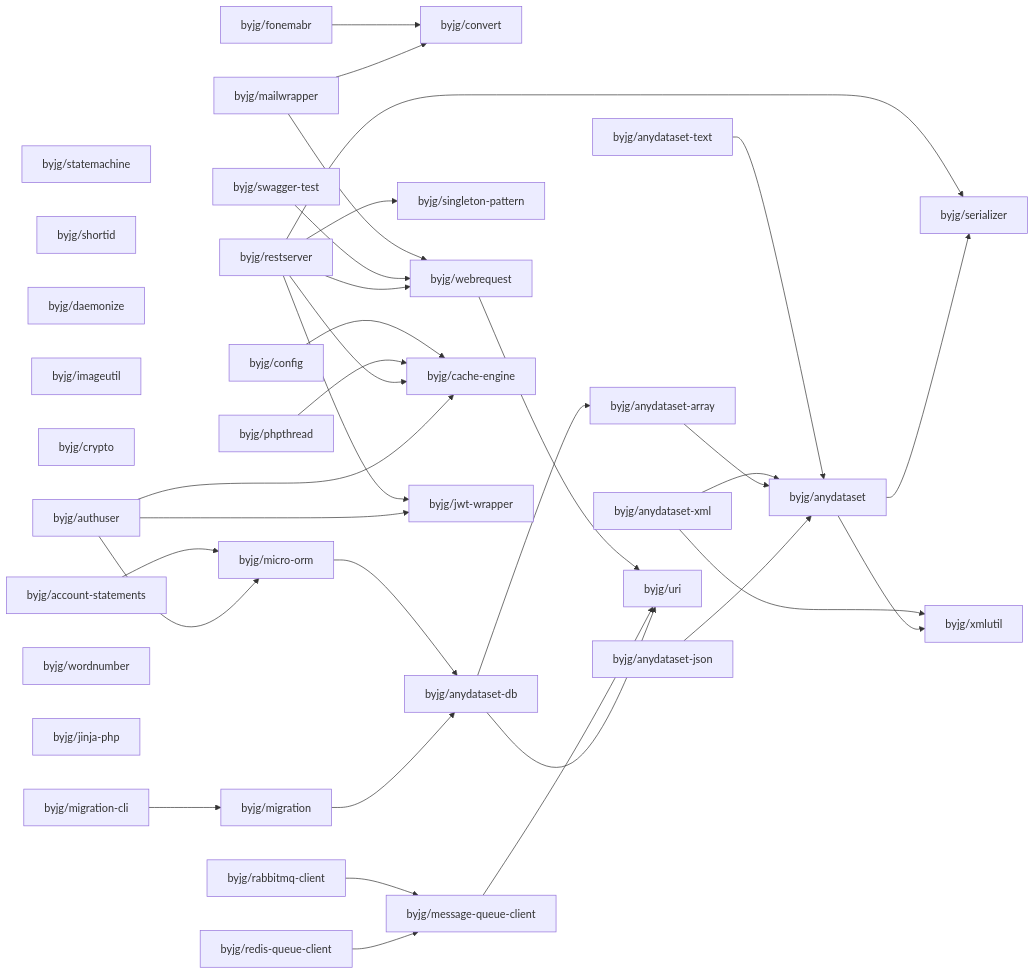
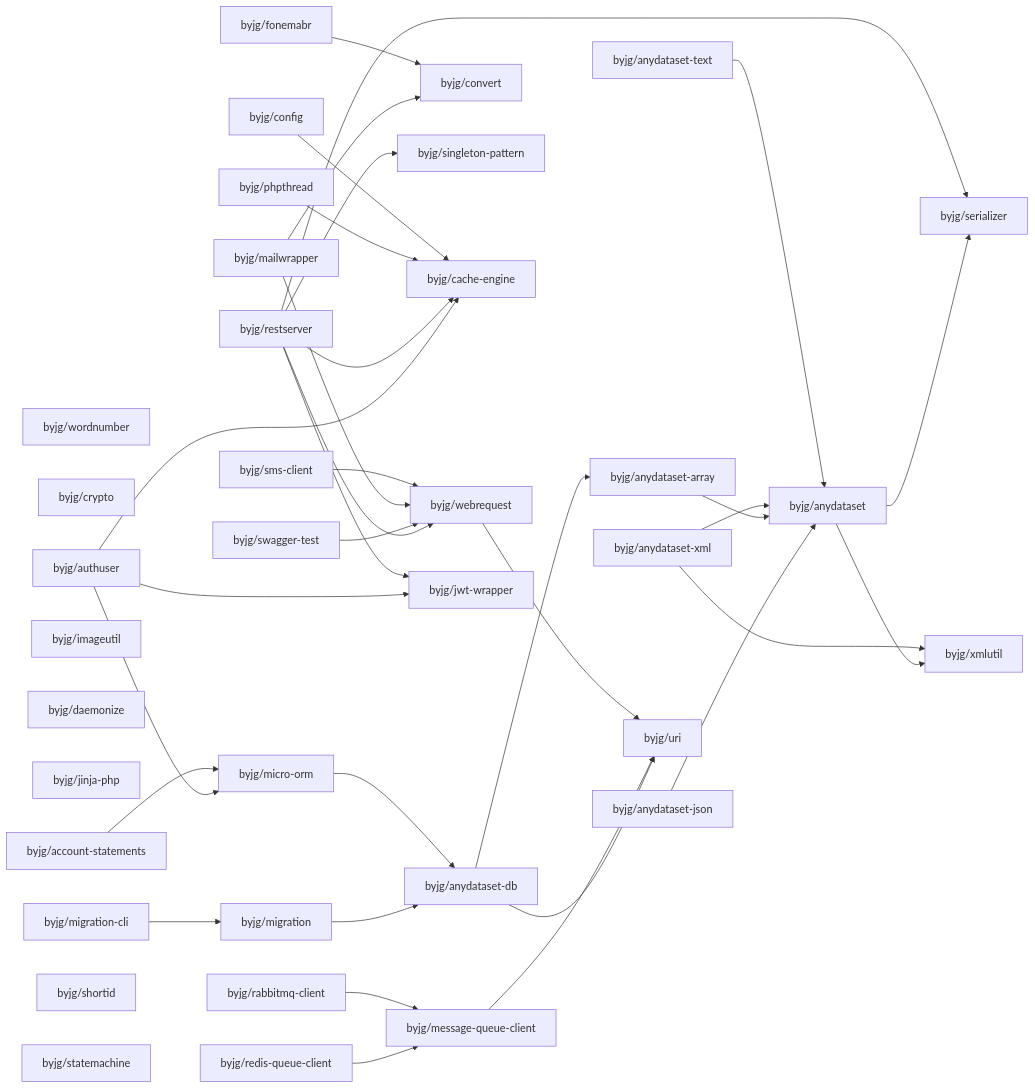
Before and after one commit to byjg/byjg.github.io: the diagram in php/README.md, drawn with Mermaid. The commit also changed 2 other files, not shown here.

Commit message:
Update documentation 'php' 'php-sms-client'

````diff
--- a/php/README.md
+++ b/php/README.md
@@ -3,69 +3,71 @@
 ```mermaid
 graph LR;
+  byjg/wordnumber;
+  byjg/crypto;
+  byjg/anydataset-json;
+  byjg/account-statements;
+  byjg/redis-queue-client;
+  byjg/fonemabr;
+  byjg/anydataset-xml;
+  byjg/sms-client;
+  byjg/imageutil;
+  byjg/rabbitmq-client;
+  byjg/daemonize;
+  byjg/jinja-php;
+  byjg/authuser;
+  byjg/config;
+  byjg/migration-cli;
   byjg/anydataset-text;
+  byjg/phpthread;
   byjg/mailwrapper;
+  byjg/shortid;
+  byjg/swagger-test;
   byjg/statemachine;
-  byjg/rabbitmq-client;
-  byjg/shortid;
-  byjg/daemonize;
-  byjg/config;
-  byjg/phpthread;
-  byjg/fonemabr;
-  byjg/swagger-test;
-  byjg/redis-queue-client;
-  byjg/imageutil;
-  byjg/crypto;
   byjg/restserver;
-  byjg/anydataset-json;
-  byjg/anydataset-xml;
-  byjg/authuser;
-  byjg/account-statements;
-  byjg/wordnumber;
-  byjg/jinja-php;
-  byjg/migration-cli;
-  byjg/convert;
   byjg/message-queue-client;
-  byjg/singleton-pattern;
-  byjg/webrequest;
-  byjg/cache-engine;
-  byjg/jwt-wrapper;
   byjg/micro-orm;
   byjg/migration;
+  byjg/convert;
+  byjg/singleton-pattern;
+  byjg/cache-engine;
+  byjg/webrequest;
+  byjg/jwt-wrapper;
   byjg/anydataset-db;
   byjg/anydataset-array;
   byjg/uri;
   byjg/anydataset;
   byjg/serializer;
   byjg/xmlutil;
+  byjg/sms-client --> byjg/webrequest;
   byjg/fonemabr --> byjg/convert;
   byjg/config --> byjg/cache-engine;
   byjg/anydataset-text --> byjg/anydataset;
   byjg/webrequest --> byjg/uri;
   byjg/account-statements --> byjg/micro-orm;
   byjg/rabbitmq-client --> byjg/message-queue-client;
   byjg/micro-orm --> byjg/anydataset-db;
   byjg/phpthread --> byjg/cache-engine;
   byjg/anydataset-xml --> byjg/anydataset;
   byjg/anydataset-xml --> byjg/xmlutil;
   byjg/anydataset-array --> byjg/anydataset;
   byjg/mailwrapper --> byjg/convert;
   byjg/mailwrapper --> byjg/webrequest;
   byjg/message-queue-client --> byjg/uri;
   byjg/anydataset-db --> byjg/anydataset-array;
   byjg/anydataset-db --> byjg/uri;
   byjg/anydataset-json --> byjg/anydataset;
   byjg/migration --> byjg/anydataset-db;
   byjg/swagger-test --> byjg/webrequest;
   byjg/redis-queue-client --> byjg/message-queue-client;
   byjg/restserver --> byjg/serializer;
   byjg/restserver --> byjg/singleton-pattern;
   byjg/restserver --> byjg/cache-engine;
   byjg/restserver --> byjg/webrequest;
   byjg/restserver --> byjg/jwt-wrapper;
   byjg/authuser --> byjg/micro-orm;
   byjg/authuser --> byjg/cache-engine;
   byjg/authuser --> byjg/jwt-wrapper;
   byjg/migration-cli --> byjg/migration;
   byjg/anydataset --> byjg/serializer;
   byjg/anydataset --> byjg/xmlutil;
 ```
````
